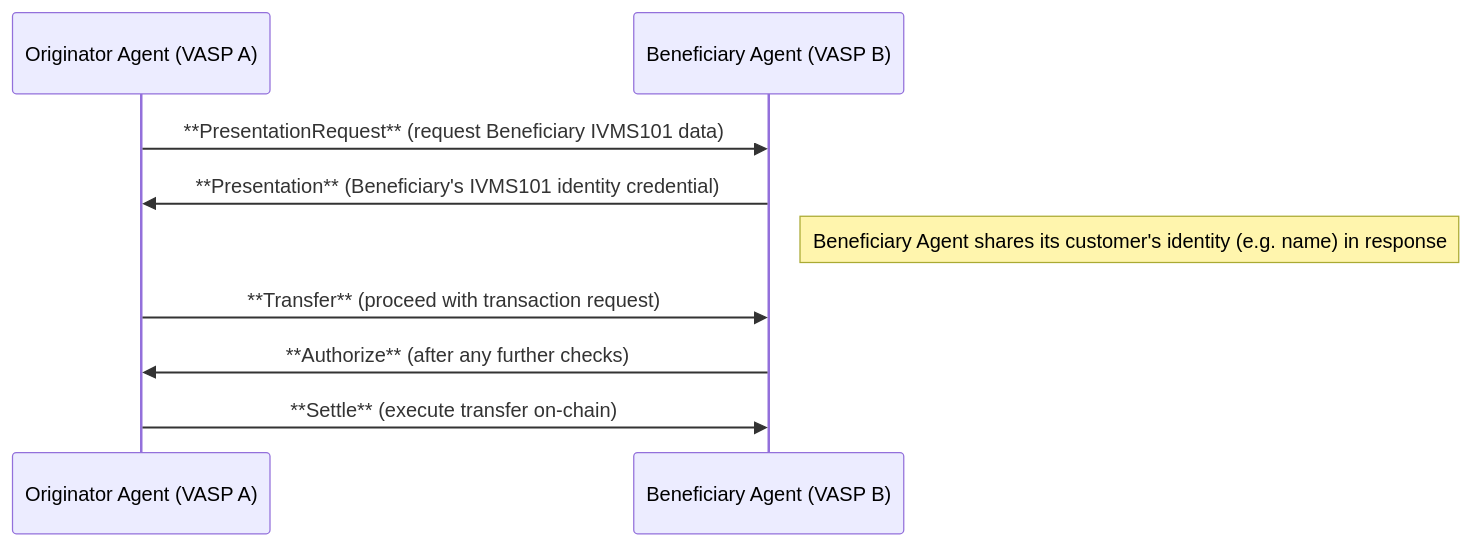
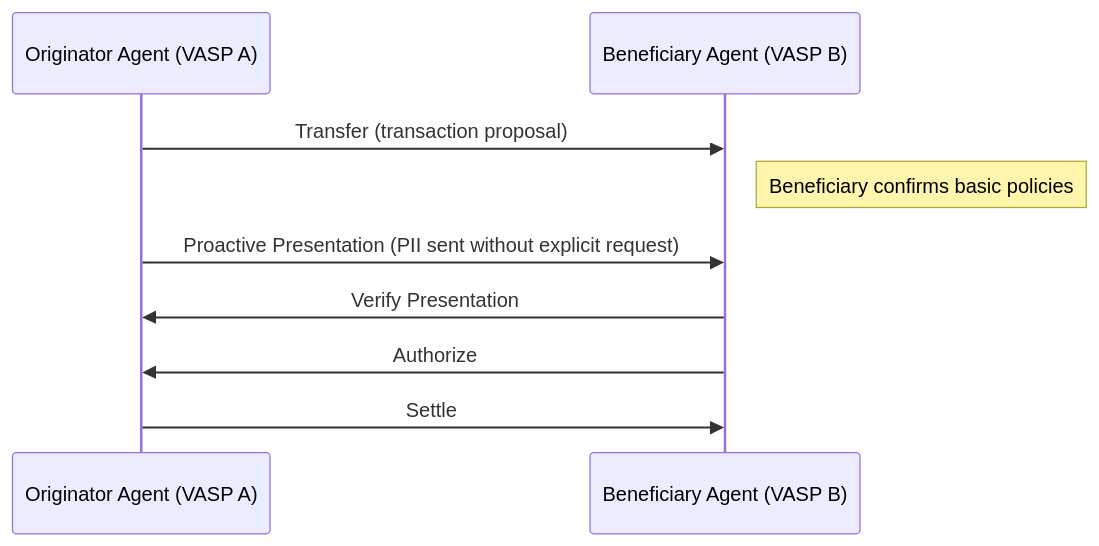
The second of 2 diagrams in TAIPs/taip-10.md (TransactionAuthorizationProtocol/TAIPs), drawn with Mermaid before and after one commit. The commit also changed other lines of this file, not shown here.

````diff
--- a/TAIPs/taip-10.md
+++ b/TAIPs/taip-10.md
@@ -282,12 +209,12 @@
 ```mermaid
 sequenceDiagram
-    participant Originator as Originator Agent (VASP A)
-    participant Beneficiary as Beneficiary Agent (VASP B)
+    participant O as Originator Agent (VASP A)
+    participant B as Beneficiary Agent (VASP B)
 
-    Originator ->> Beneficiary: **PresentationRequest** (request Beneficiary IVMS101 data)
-    Beneficiary ->> Originator: **Presentation** (Beneficiary's IVMS101 identity credential)
-    note right of Beneficiary: Beneficiary Agent shares its customer's identity (e.g. name) in response
-    Originator ->> Beneficiary: **Transfer** (proceed with transaction request)
-    Beneficiary ->> Originator: **Authorize** (after any further checks)
-    Originator ->> Beneficiary: **Settle** (execute transfer on-chain)
+    O->>B: Transfer (transaction proposal)
+    note right of B: Beneficiary confirms basic policies
+    O->>B: Proactive Presentation (PII sent without explicit request)
+    B->>O: Verify Presentation
+    B->>O: Authorize
+    O->>B: Settle
 ```
````
